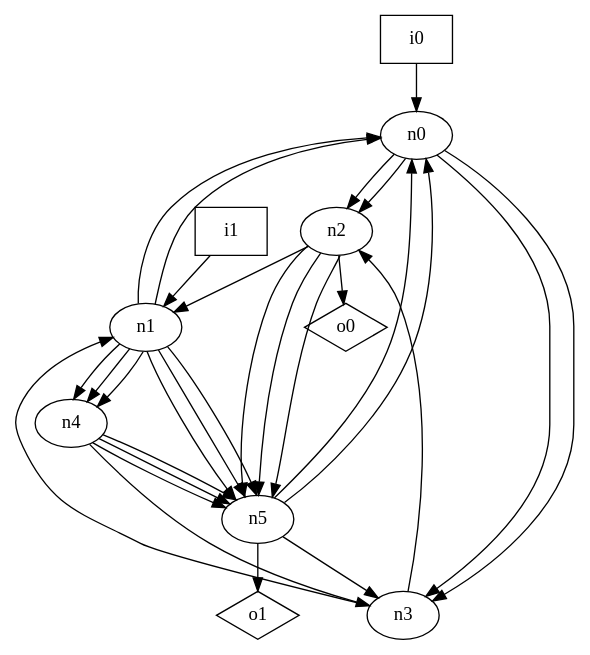
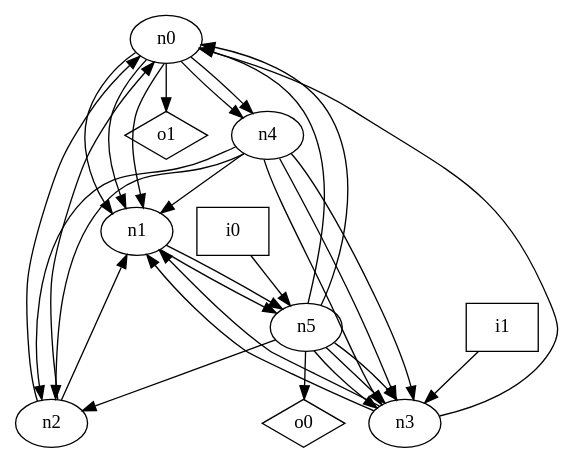
One commit to p9romain/bool-circuits changed the diagram in dot_files/random/random_oriented_loop_free_graph.dot. Above: the diagram before and after it, drawn with Graphviz. The commit also changed 87 other files, not shown here.

```diff
--- a/dot_files/random/random_oriented_loop_free_graph.dot
+++ b/dot_files/random/random_oriented_loop_free_graph.dot
@@ -1,41 +1,41 @@
 digraph G {
 n0 [label="n0"];
 n1 [label="n1"];
 n2 [label="n2"];
 n3 [label="n3"];
 n4 [label="n4"];
 n5 [label="n5"];
 n6 [label="i0",shape="box"];
 n7 [label="i1",shape="box"];
 n8 [label="o0",shape="diamond"];
 n9 [label="o1",shape="diamond"];
-n0 -> n2
-n0 -> n2
-n0 -> n3
-n0 -> n3
-n1 -> n0
-n1 -> n0
-n1 -> n4
-n1 -> n4
-n1 -> n4
+n0 -> n1
+n0 -> n1
+n0 -> n1
+n0 -> n4
+n0 -> n4
+n0 -> n9
 n1 -> n5
 n1 -> n5
-n1 -> n5
+n2 -> n0
+n2 -> n0
 n2 -> n1
-n2 -> n5
-n2 -> n5
-n2 -> n5
-n2 -> n8
+n3 -> n0
 n3 -> n1
-n3 -> n2
+n3 -> n1
+n4 -> n1
+n4 -> n2
+n4 -> n2
 n4 -> n3
-n4 -> n5
-n4 -> n5
-n4 -> n5
+n4 -> n3
+n4 -> n3
 n5 -> n0
 n5 -> n0
+n5 -> n2
 n5 -> n3
-n5 -> n9
-n6 -> n0
-n7 -> n1
+n5 -> n3
+n5 -> n3
+n5 -> n8
+n6 -> n5
+n7 -> n3
 }
```
